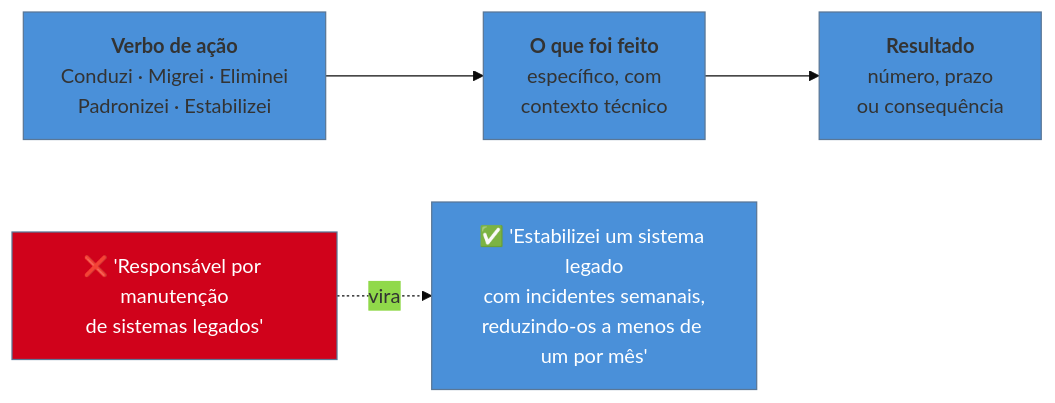
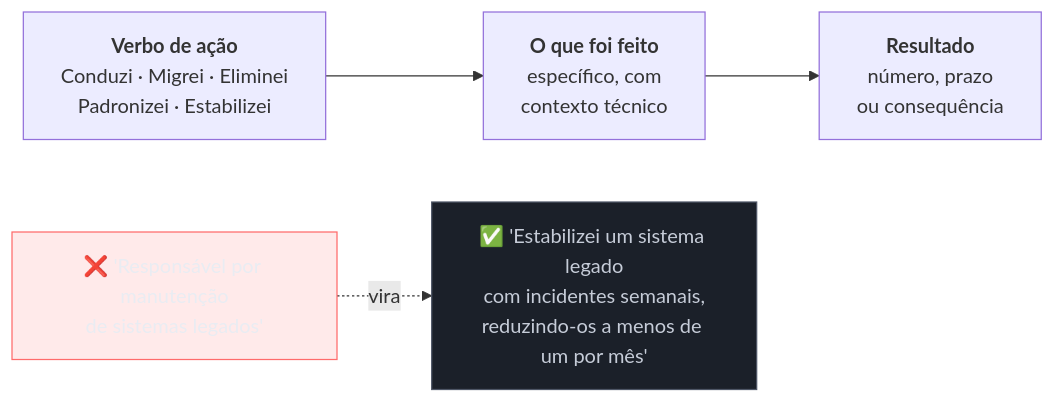
One commit to josenaldo/codex-technomanticus changed the diagram in 03-Dominios/Carreira/Currículo/11 - A linha de bullet.md. Above: the diagram before and after it, drawn with Mermaid. The commit also changed 1181 other files, not shown here.

First line of the commit message:
fix(diagramas): paleta do sistema no lugar de cor cravada no markdown

````diff
--- a/03-Dominios/Carreira/Currículo/11 - A linha de bullet.md
+++ b/03-Dominios/Carreira/Currículo/11 - A linha de bullet.md
@@ -39,11 +39,12 @@
 ```mermaid
-%%{init: {"theme": "base", "themeVariables": {"primaryColor": "#4A90D9"}}}%%
 graph LR
+    classDef falha fill:#FF6B6B24,stroke:#FF6B6B,color:#E9ECF2
+    classDef neutro fill:#1B2029,stroke:#4E5666,color:#C6CCD8
     A["<b>Verbo de ação</b><br/>Conduzi · Migrei · Eliminei<br/>Padronizei · Estabilizei"] --> B["<b>O que foi feito</b><br/>específico, com<br/>contexto técnico"]
     B --> C["<b>Resultado</b><br/>número, prazo<br/>ou consequência"]
 
     D["❌ 'Responsável por manutenção<br/>de sistemas legados'"] -.->|"vira"| E["✅ 'Estabilizei um sistema legado<br/>com incidentes semanais,<br/>reduzindo-os a menos de um por mês'"]
 
-    style D fill:#D0021B,color:#fff
-    style E fill:#4A90D9,color:#fff
+    class D falha
+    class E neutro
 ```
````
